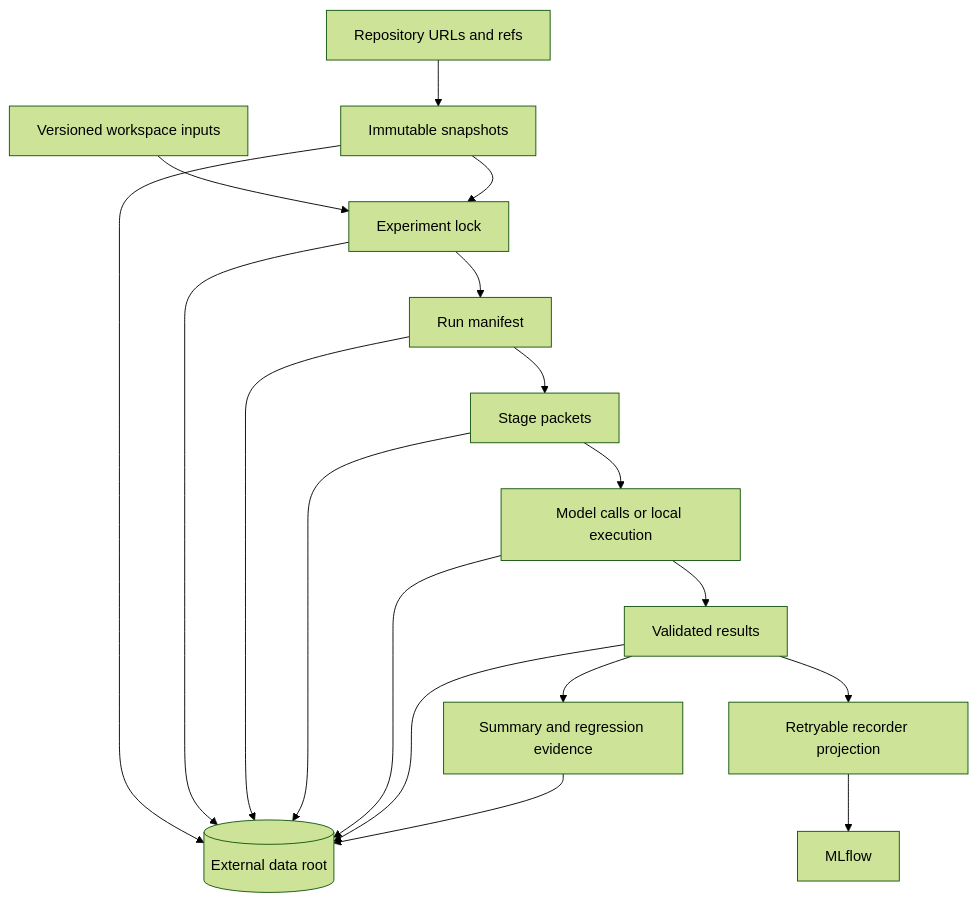
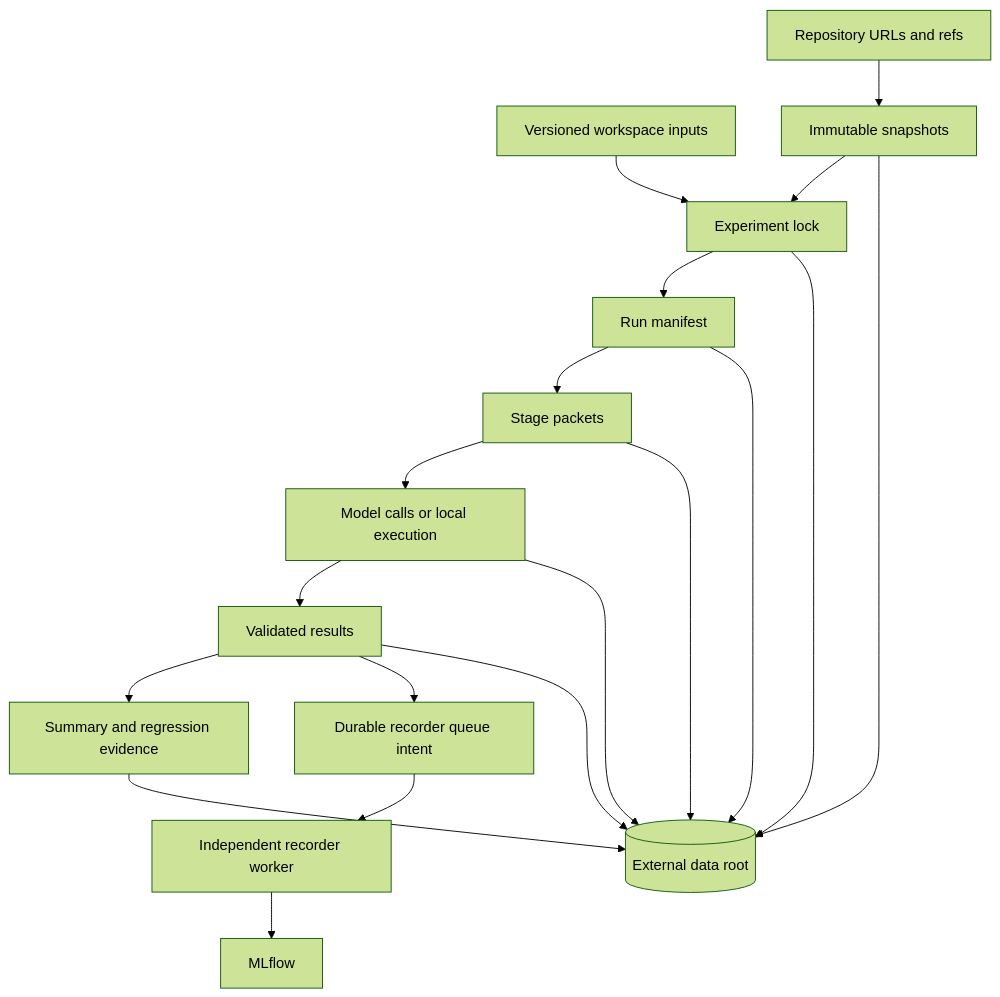
The diagram in docs/architecture/storage-and-provenance.md (mainsequence-sdk/repo-agent-eval), drawn with Mermaid (forest theme) before and after one commit. The commit also changed other lines of this file and 34 other files, not shown here.

Commit message:
feat: queue recorder projection in independent workers

````diff
--- a/docs/architecture/storage-and-provenance.md
+++ b/docs/architecture/storage-and-provenance.md
@@ -6,21 +6,22 @@
 ```mermaid
 flowchart TB
     Workspace[Versioned workspace inputs] --> Lock[Experiment lock]
     Sources[Repository URLs and refs] --> Snapshots[Immutable snapshots]
     Snapshots --> Lock
     Lock --> Run[Run manifest]
     Run --> Packets[Stage packets]
     Packets --> Calls[Model calls or local execution]
     Calls --> Results[Validated results]
     Results --> Aggregate[Summary and regression evidence]
-    Results --> Recorder[Retryable recorder projection]
+    Results --> Queue[Durable recorder queue intent]
+    Queue --> Recorder[Independent recorder worker]
     Recorder --> MLflow[MLflow]
 
     Snapshots --> External[(External data root)]
     Lock --> External
     Run --> External
     Packets --> External
     Calls --> External
     Results --> External
     Aggregate --> External
 ```
````
